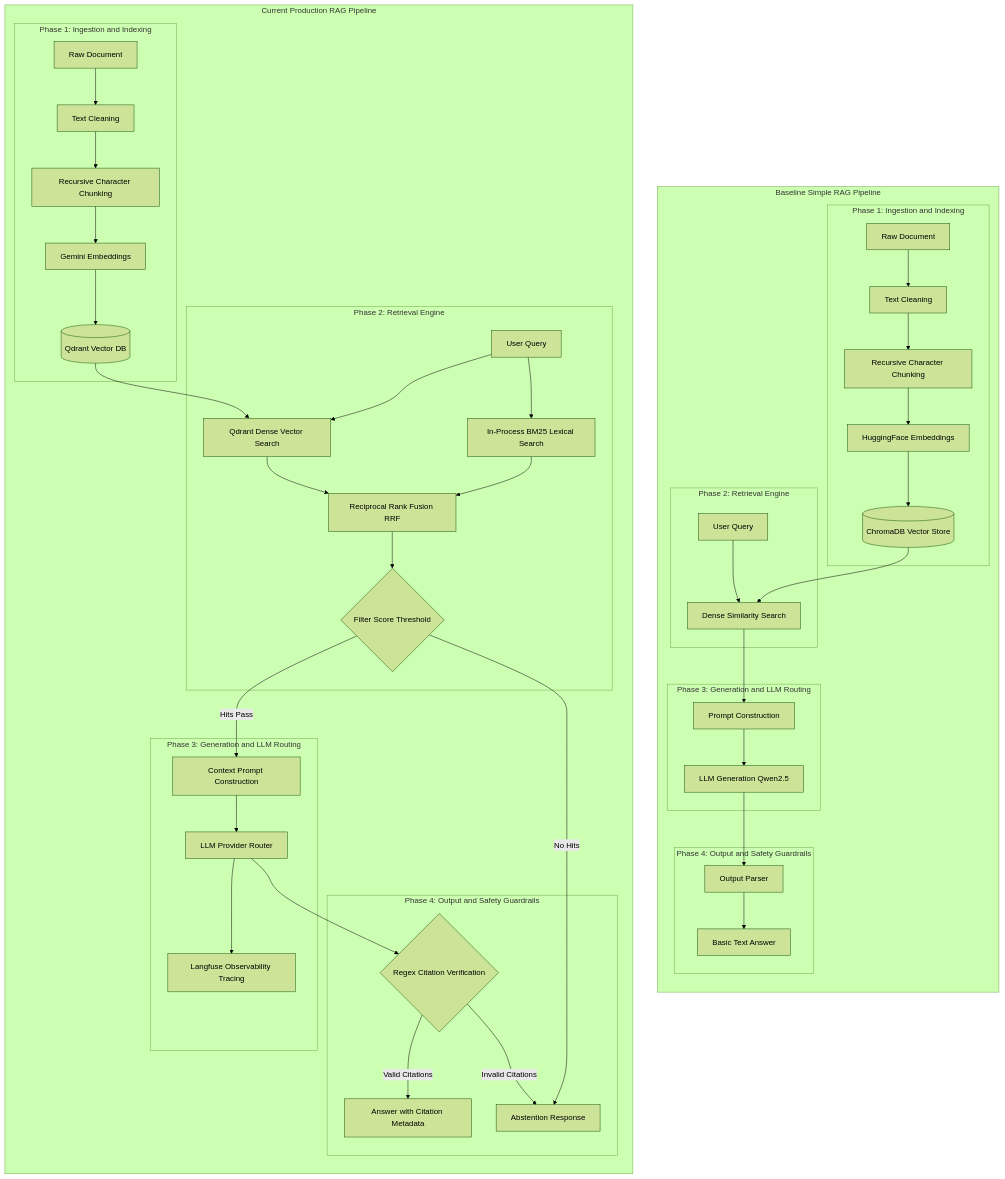
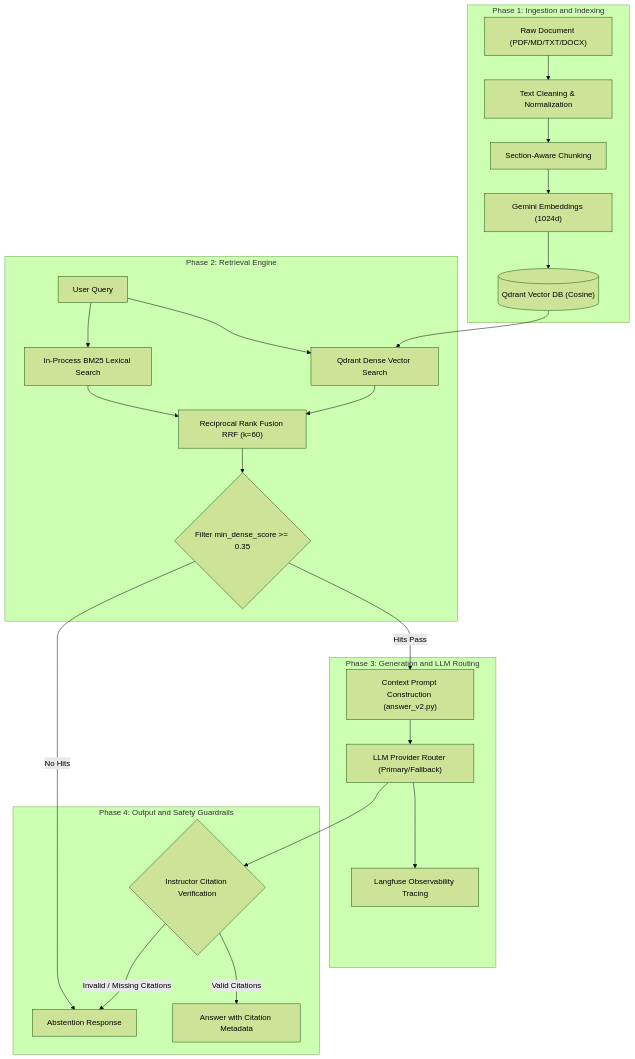
The second of 2 diagrams in docs/architectures/06-simple-rag-vs-company-rag-comparison.md (tunganhnguyen0210/Company-knowledge-RAG), drawn with Mermaid (forest theme) before and after one commit. The commit also changed other lines of this file and 5 other files, not shown here.

````diff
--- a/docs/architectures/06-simple-rag-vs-company-rag-comparison.md
+++ b/docs/architectures/06-simple-rag-vs-company-rag-comparison.md
@@ -24,61 +53,31 @@
 ```mermaid
 flowchart TD
-    subgraph Baseline["Baseline Simple RAG Pipeline"]
-        direction TB
-
-        subgraph B_P1["Phase 1: Ingestion and Indexing"]
-            B_Doc["Raw Document"] --> B_Clean["Text Cleaning"]
-            B_Clean --> B_Chunk["Recursive Character Chunking"]
-            B_Chunk --> B_Embed["HuggingFace Embeddings"]
-            B_Embed --> B_Store[("ChromaDB Vector Store")]
-        end
-
-        subgraph B_P2["Phase 2: Retrieval Engine"]
-            B_Query["User Query"] --> B_Search["Dense Similarity Search"]
-            B_Store --> B_Search
-        end
-
-        subgraph B_P3["Phase 3: Generation and LLM Routing"]
-            B_Search --> B_Prompt["Prompt Construction"]
-            B_Prompt --> B_LLM["LLM Generation Qwen2.5"]
-        end
-
-        subgraph B_P4["Phase 4: Output and Safety Guardrails"]
-            B_LLM --> B_Parse["Output Parser"]
-            B_Parse --> B_Out["Basic Text Answer"]
-        end
+    subgraph C_P1["Phase 1: Ingestion and Indexing"]
+        C_Doc["Raw Document (PDF/MD/TXT/DOCX)"] --> C_Clean["Text Cleaning & Normalization"]
+        C_Clean --> C_Chunk["Section-Aware Chunking"]
+        C_Chunk --> C_Embed["Gemini Embeddings (1024d)"]
+        C_Embed --> C_Qdrant[("Qdrant Vector DB (Cosine)")]
     end
 
-    subgraph Current["Current Production RAG Pipeline"]
-        direction TB
+    subgraph C_P2["Phase 2: Retrieval Engine"]
+        C_Query["User Query"] --> C_Dense["Qdrant Dense Vector Search"]
+        C_Query --> C_Lexical["In-Process BM25 Lexical Search"]
+        C_Qdrant --> C_Dense
+        C_Dense --> C_RRF["Reciprocal Rank Fusion RRF (k=60)"]
+        C_Lexical --> C_RRF
+        C_RRF --> C_GateScore{"Filter min_dense_score >= 0.35"}
+    end
 
-        subgraph C_P1["Phase 1: Ingestion and Indexing"]
-            C_Doc["Raw Document"] --> C_Clean["Text Cleaning"]
-            C_Clean --> C_Chunk["Recursive Character Chunking"]
-            C_Chunk --> C_Embed["Gemini Embeddings"]
-            C_Embed --> C_Qdrant[("Qdrant Vector DB")]
-        end
+    subgraph C_P3["Phase 3: Generation and LLM Routing"]
+        C_GateScore -->|Hits Pass| C_Prompt["Context Prompt Construction (answer_v2.py)"]
+        C_Prompt --> C_Router["LLM Provider Router (Primary/Fallback)"]
+        C_Router --> C_Trace["Langfuse Observability Tracing"]
+    end
 
-        subgraph C_P2["Phase 2: Retrieval Engine"]
-            C_Query["User Query"] --> C_Dense["Qdrant Dense Vector Search"]
-            C_Query --> C_Lexical["In-Process BM25 Lexical Search"]
-            C_Qdrant --> C_Dense
-            C_Dense --> C_RRF["Reciprocal Rank Fusion RRF"]
-            C_Lexical --> C_RRF
-            C_RRF --> C_GateScore{"Filter Score Threshold"}
-        end
-
-        subgraph C_P3["Phase 3: Generation and LLM Routing"]
-            C_GateScore -->|Hits Pass| C_Prompt["Context Prompt Construction"]
-            C_Prompt --> C_Router["LLM Provider Router"]
-            C_Router --> C_Trace["Langfuse Observability Tracing"]
-        end
-
-        subgraph C_P4["Phase 4: Output and Safety Guardrails"]
-            C_GateScore -->|No Hits| C_Abstain["Abstention Response"]
-            C_Router --> C_Verify{"Regex Citation Verification"}
-            C_Verify -->|Valid Citations| C_Out["Answer with Citation Metadata"]
-            C_Verify -->|Invalid Citations| C_Abstain
-        end
+    subgraph C_P4["Phase 4: Output and Safety Guardrails"]
+        C_GateScore -->|No Hits| C_Abstain["Abstention Response"]
+        C_Router --> C_Verify{"Instructor Citation Verification"}
+        C_Verify -->|Valid Citations| C_Out["Answer with Citation Metadata"]
+        C_Verify -->|Invalid / Missing Citations| C_Abstain
     end
 ```
````
